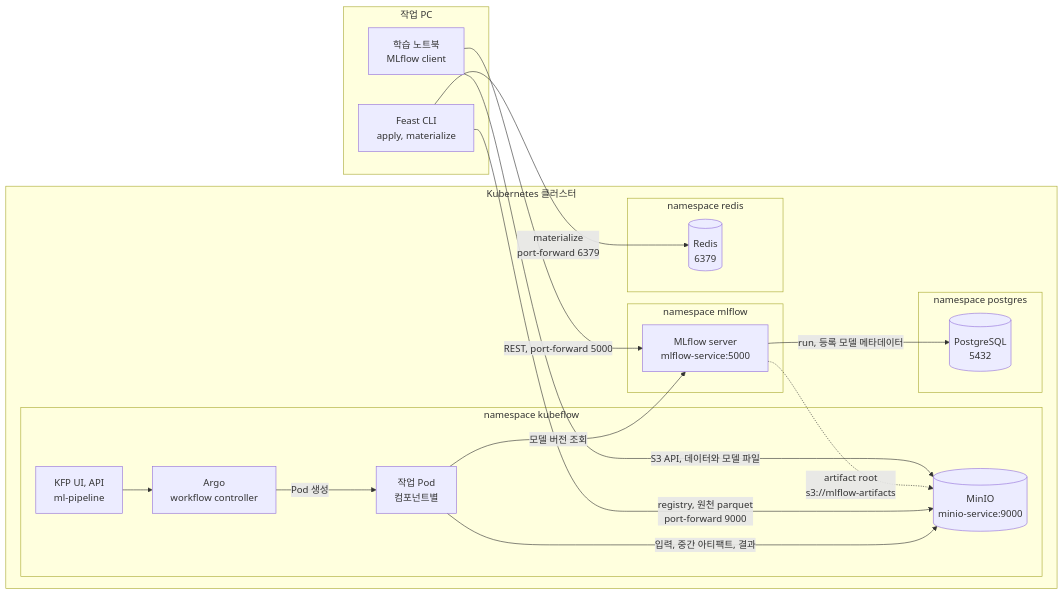
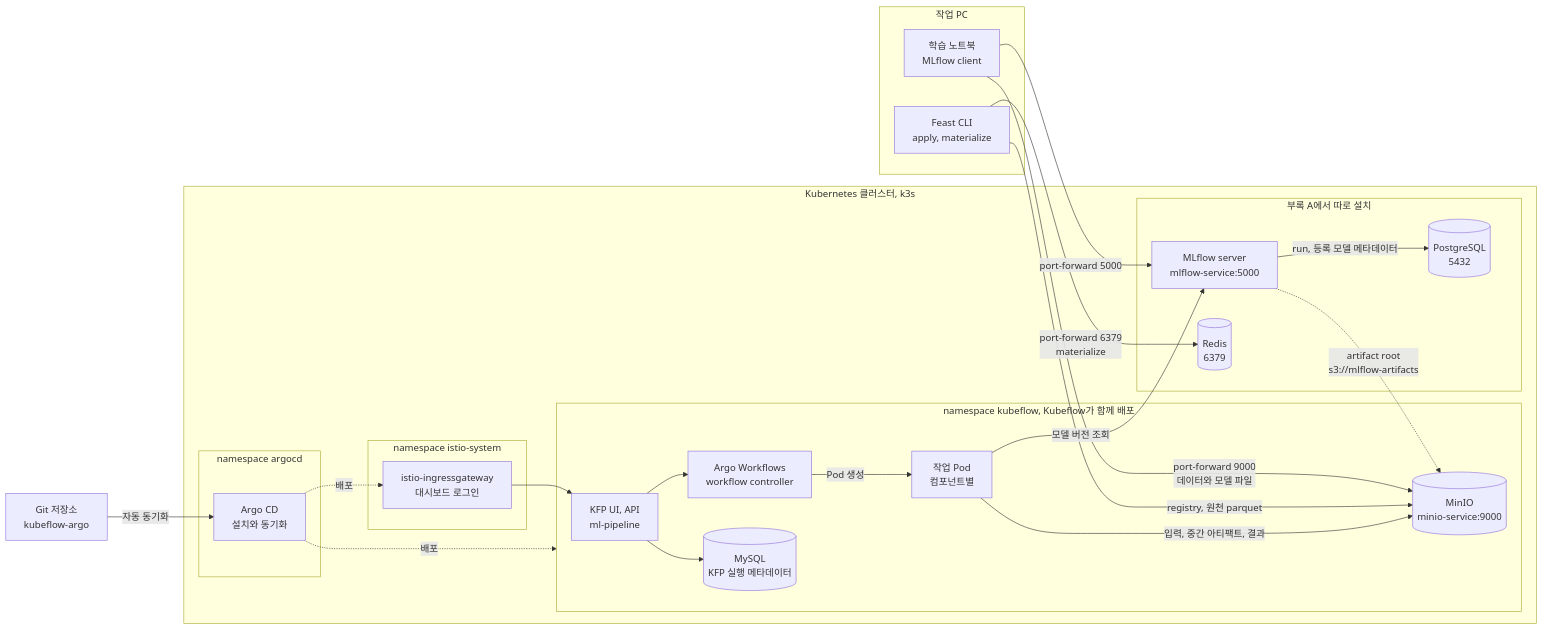
One commit to johklo/johklo.github.io changed the first of 5 diagrams in content/docs/tech/machine-learning-platform-engineering/04-experiments-features-pipelines.md. Above: the diagram before and after it, drawn with Mermaid. The commit also changed other lines of this file and 144 other files, not shown here.

````diff
--- a/content/docs/tech/machine-learning-platform-engineering/04-experiments-features-pipelines.md
+++ b/content/docs/tech/machine-learning-platform-engineering/04-experiments-features-pipelines.md
@@ -36,36 +49,45 @@
 ```mermaid
 flowchart LR
     accTitle: 책이 전제하는 4~5장 클러스터 구성
-    accDescr: 작업 PC의 학습 노트북과 Feast CLI가 port-forward로 클러스터 서비스에 접속합니다. MLflow 서버는 메타데이터를 PostgreSQL에, 파일을 MinIO에 저장합니다. Feast는 정의와 원천 파일을 MinIO에 두고 최신값을 Redis에 적재합니다. KFP가 만든 작업 Pod는 MinIO와 MLflow에 접속합니다.
+    accDescr: Argo CD가 Git 저장소의 Kubeflow 매니페스트를 동기화해 Istio와 Kubeflow Pipelines를 배포하고, KFP에는 Argo Workflows, MySQL, MinIO가 함께 들어 있습니다. PostgreSQL, Redis, MLflow 서버는 부록 A에서 따로 설치합니다. 작업 PC는 port-forward로 MinIO, Redis, MLflow에 접속하고, KFP 작업 Pod는 MinIO와 MLflow에 접속합니다.
+    GIT["Git 저장소<br/>kubeflow-argo"]
     subgraph PC["작업 PC"]
         NB["학습 노트북<br/>MLflow client"]
         FC["Feast CLI<br/>apply, materialize"]
     end
-    subgraph K8S["Kubernetes 클러스터"]
-        subgraph KF["namespace kubeflow"]
+    subgraph K8S["Kubernetes 클러스터, k3s"]
+        subgraph ARGO["namespace argocd"]
+            ACD["Argo CD<br/>설치와 동기화"]
+        end
+        subgraph IS["namespace istio-system"]
+            GW["istio-ingressgateway<br/>대시보드 로그인"]
+        end
+        subgraph KF["namespace kubeflow, Kubeflow가 함께 배포"]
             API["KFP UI, API<br/>ml-pipeline"]
-            WF["Argo<br/>workflow controller"]
+            WF["Argo Workflows<br/>workflow controller"]
+            DB[("MySQL<br/>KFP 실행 메타데이터")]
             POD["작업 Pod<br/>컴포넌트별"]
             S3[("MinIO<br/>minio-service:9000")]
         end
-        subgraph MLNS["namespace mlflow"]
+        subgraph EXTRA["부록 A에서 따로 설치"]
             MLF["MLflow server<br/>mlflow-service:5000"]
-        end
-        subgraph PGNS["namespace postgres"]
             PG[("PostgreSQL<br/>5432")]
-        end
-        subgraph RDNS["namespace redis"]
             RD[("Redis<br/>6379")]
         end
     end
-    NB -->|"REST, port-forward 5000"| MLF
-    NB -->|"S3 API, 데이터와 모델 파일"| S3
+    GIT -->|"자동 동기화"| ACD
+    ACD -.->|"배포"| GW
+    ACD -.->|"배포"| KF
+    GW --> API
+    API --> DB
+    API --> WF
+    WF -->|"Pod 생성"| POD
+    NB -->|"port-forward 5000"| MLF
+    NB -->|"port-forward 9000<br/>데이터와 모델 파일"| S3
     MLF -->|"run, 등록 모델 메타데이터"| PG
     MLF -.->|"artifact root<br/>s3://mlflow-artifacts"| S3
-    FC -->|"registry, 원천 parquet<br/>port-forward 9000"| S3
-    FC -->|"materialize<br/>port-forward 6379"| RD
-    API --> WF
-    WF -->|"Pod 생성"| POD
+    FC -->|"registry, 원천 parquet"| S3
+    FC -->|"port-forward 6379<br/>materialize"| RD
     POD -->|"입력, 중간 아티팩트, 결과"| S3
     POD -->|"모델 버전 조회"| MLF
 ```
````
